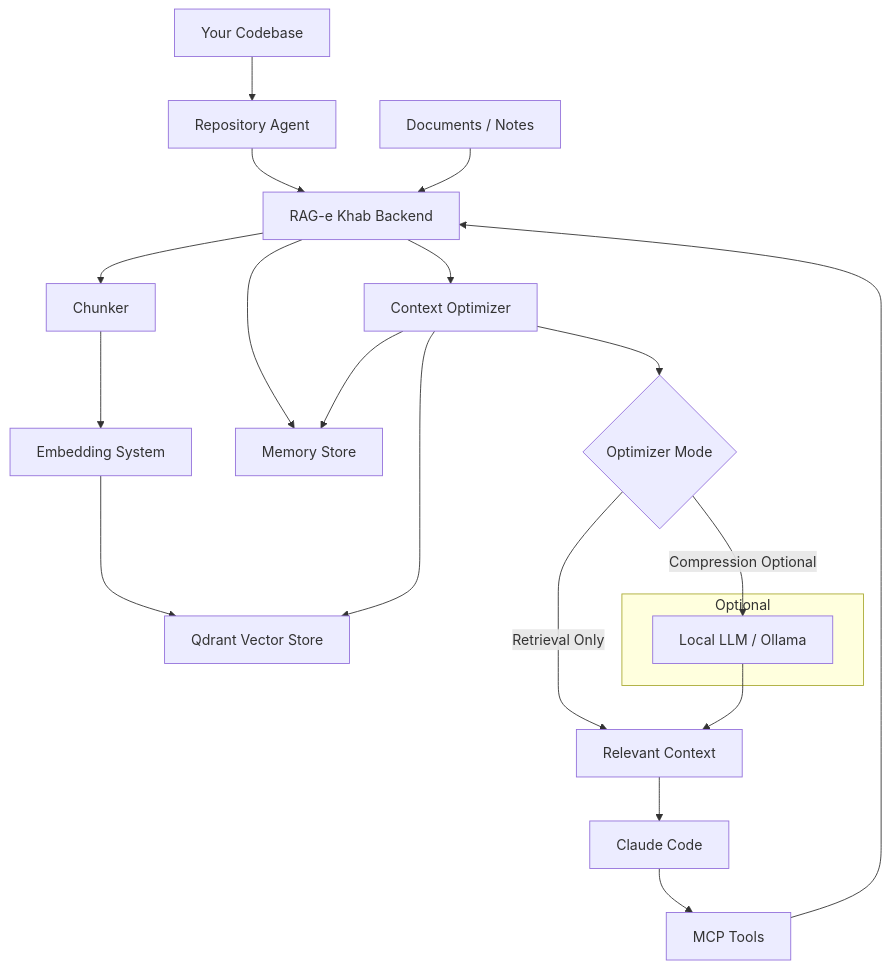
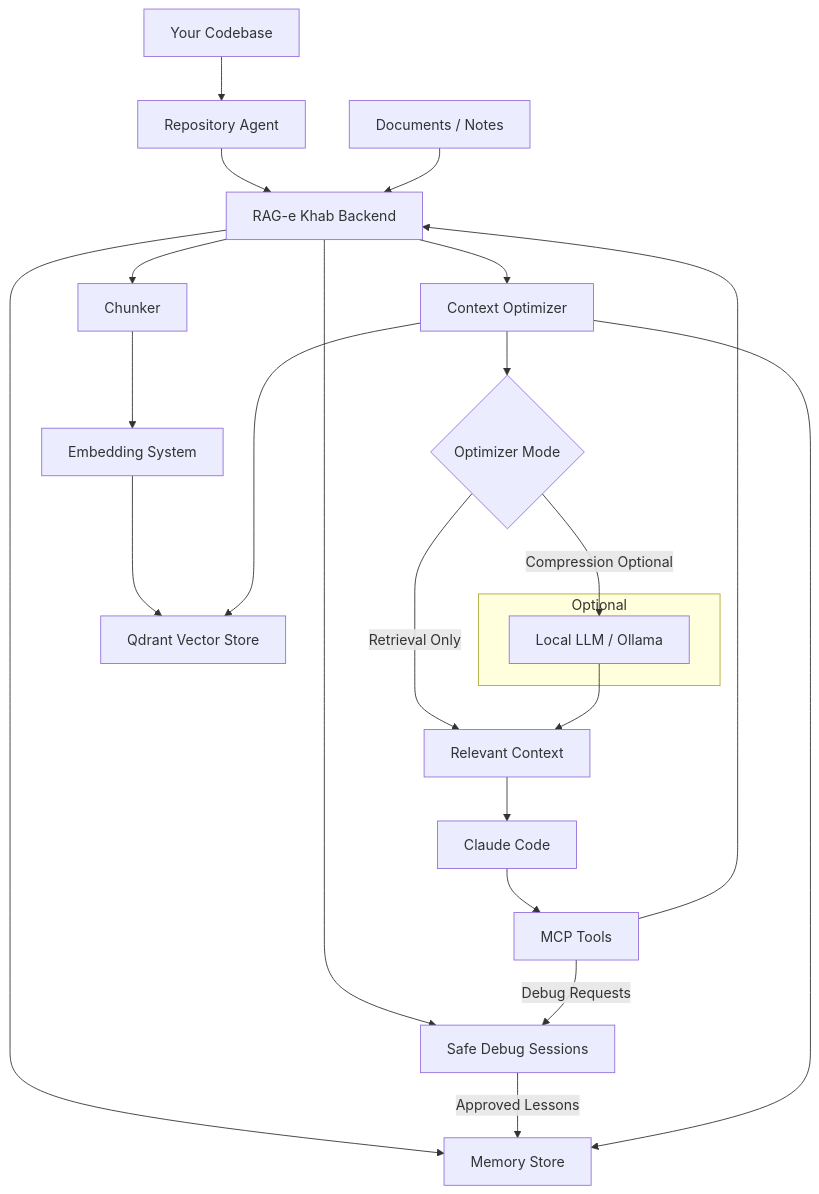
One commit to hadiranjbar25/rag-e-khab changed the diagram in README.md. Above: the diagram before and after it, drawn with Mermaid. The commit also changed other lines of this file and 30 other files, not shown here.

````diff
--- a/README.md
+++ b/README.md
@@ -7,34 +7,37 @@
 ```mermaid
 flowchart TD
     A[Your Codebase] --> B[Repository Agent]
     B --> C[RAG-e Khab Backend]
 
     D[Documents / Notes] --> C
 
     C --> E[Chunker]
     E --> F[Embedding System]
     F --> G[Qdrant Vector Store]
 
     C --> H[Memory Store]
+    C --> S[Safe Debug Sessions]
 
     I[Claude Code] --> J[MCP Tools]
     J --> C
+    J -->|Debug Requests| S
+    S -->|Approved Lessons| H
 
     C --> K[Context Optimizer]
 
     K --> H
     K --> G
 
     K --> L{Optimizer Mode}
 
     L -->|Retrieval Only| M[Relevant Context]
     L -->|Compression Optional| N[Local LLM / Ollama]
     N --> M
 
     M --> I
 
     subgraph Optional
         N
     end
 
 ```
````
